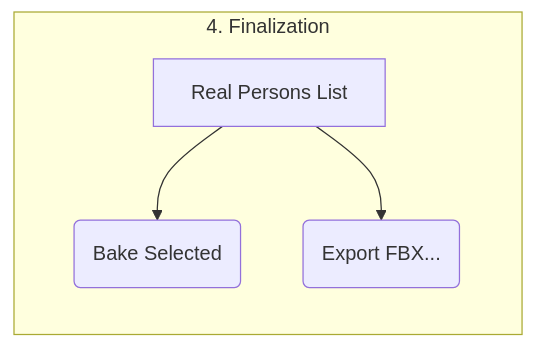
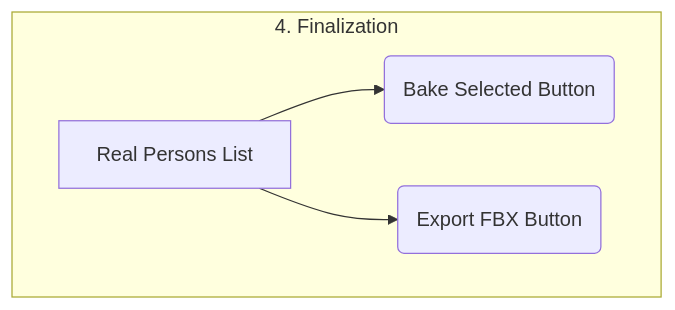
The seventh of 7 diagrams in design.md (hkaimio/PoseEdit), drawn with Mermaid before and after one commit. The commit also changed other lines of this file, not shown here.

Commit message:
design: Fix diagrams

````diff
--- a/design.md
+++ b/design.md
@@ -288,12 +283,10 @@
 ```mermaid
 graph TD
     subgraph "4. Finalization"
-        direction TB
-        A["Real Persons List"]
-        B(Bake Selected)
-        C(Export FBX...)
-
+        A["Real Persons List"];
+        B("Bake Selected Button");
+        C("Export FBX Button");
         A --> B;
         A --> C;
     end
 ```
````
